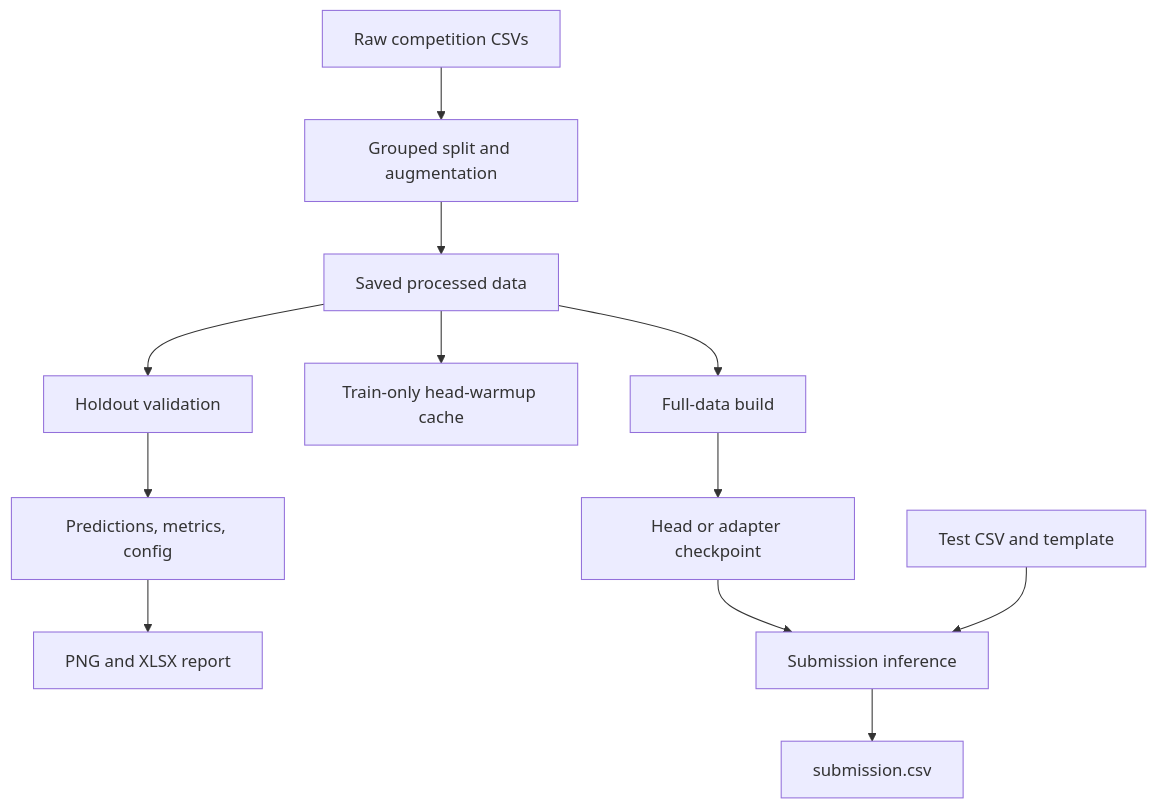
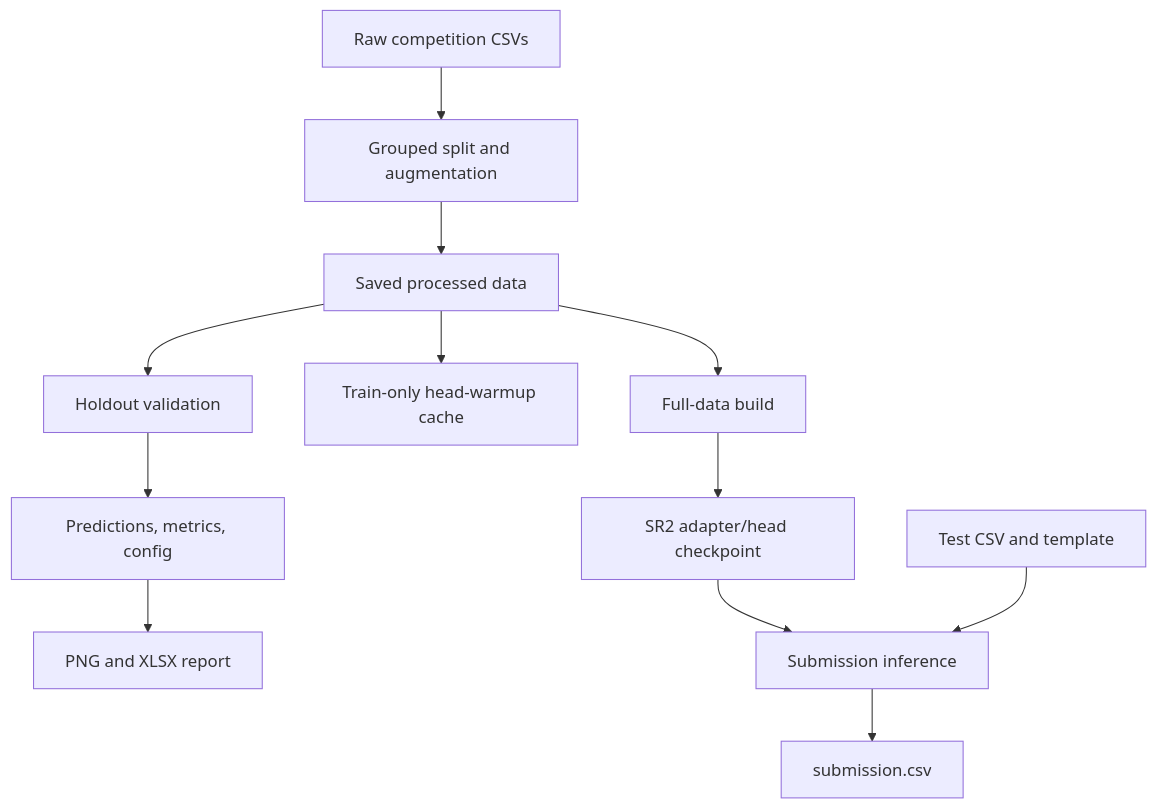
Before and after one commit to Esxyko/llm-classification-finetuning: the diagram in structure.md, drawn with Mermaid. The commit also changed other lines of this file and 39 other files, not shown here.

````diff
--- a/structure.md
+++ b/structure.md
@@ -26,14 +26,14 @@
 ```mermaid
 flowchart TD
     Raw["Raw competition CSVs"] --> Prep["Grouped split and augmentation"]
     Prep --> Data["Saved processed data"]
     Data --> Validate["Holdout validation"]
     Data --> Warmup["Train-only head-warmup cache"]
     Data --> Build["Full-data build"]
     Validate --> Run["Predictions, metrics, config"]
     Run --> Report["PNG and XLSX report"]
-    Build --> Checkpoint["Head or adapter checkpoint"]
+    Build --> Checkpoint["SR2 adapter/head checkpoint"]
     Checkpoint --> Submit["Submission inference"]
     Test["Test CSV and template"] --> Submit
     Submit --> CSV["submission.csv"]
 ```
````
